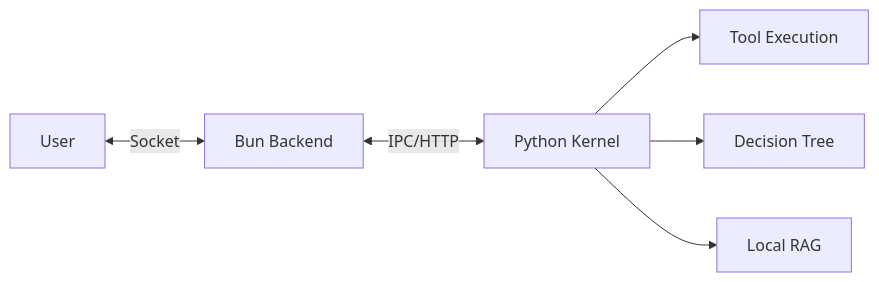
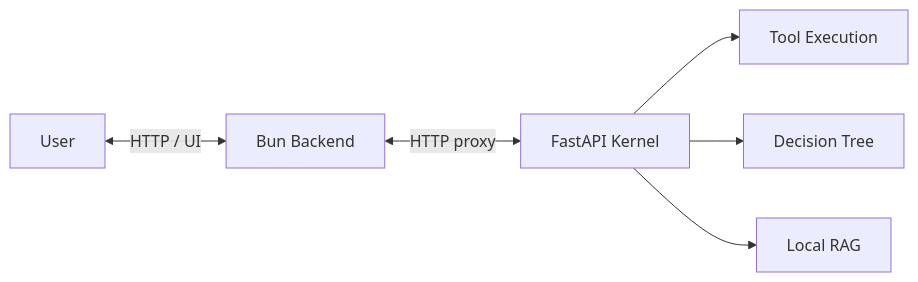
One commit to Elysia20220909/ElysiaAI changed the diagram in README.md. Above: the diagram before and after it, drawn with Mermaid. The commit also changed other lines of this file and 35 other files, not shown here.

````diff
--- a/README.md
+++ b/README.md
@@ -72,8 +96,8 @@
 ```mermaid
 graph LR
-    U[User] <-->|Socket| B[Bun Backend]
-    B <-->|IPC/HTTP| P[Python Kernel]
+    U[User] <-->|HTTP / UI| B[Bun Backend]
+    B <-->|HTTP proxy| P[FastAPI Kernel]
     P --> T[Tool Execution]
     P --> D[Decision Tree]
     P --> R[Local RAG]
 ```
````
